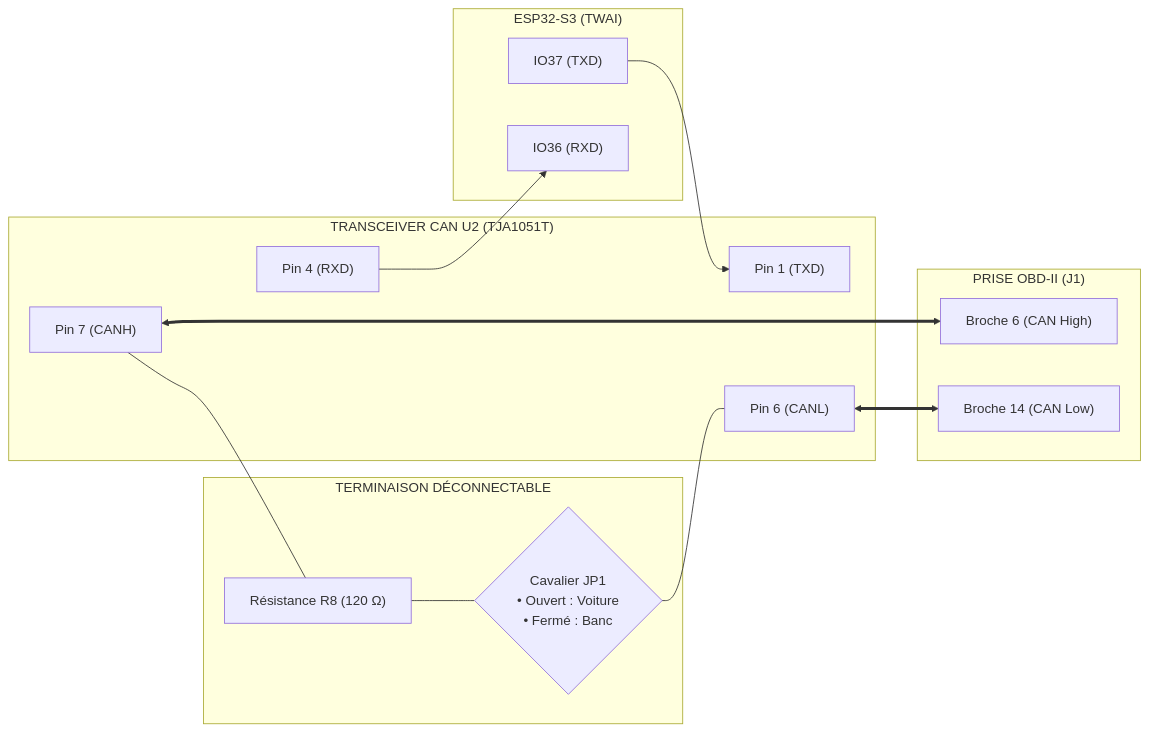
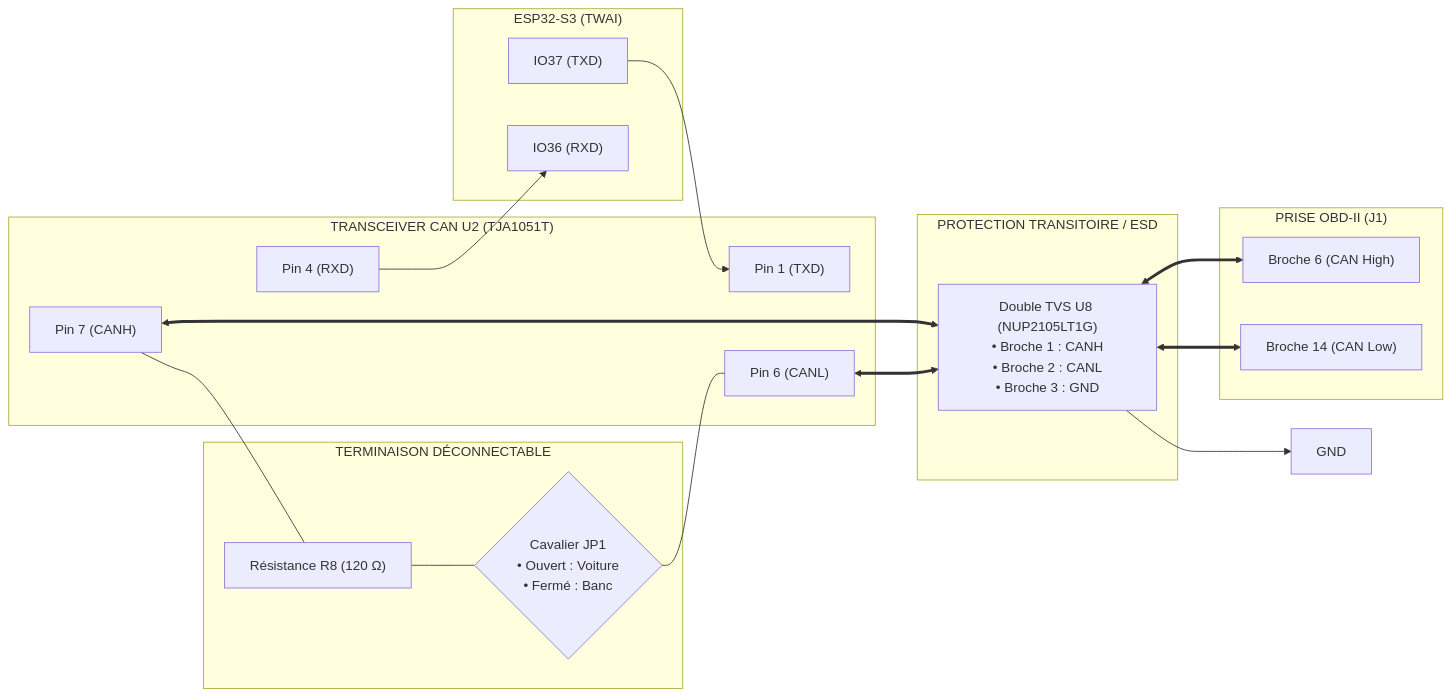
Before and after one commit to nitrogene/OBD2: the sixth of 9 diagrams in HARDWARE.md, drawn with Mermaid. The commit also changed other lines of this file and 7 other files, not shown here.

First line of the commit message:
feat(schematic): ajuster R6 à 100 ohms pour la visibilité de LED1 en plein jour

````diff
--- a/HARDWARE.md
+++ b/HARDWARE.md
@@ -247,45 +247,53 @@
 ```mermaid
 %%{init: {
   'themeVariables': {
     'fontFamily': 'Consolas, "Courier New", monospace',
     'fontSize': '12px'
   },
   'flowchart': {
     'curve': 'stepBefore',
     'nodeSpacing': 20,
     'rankSpacing': 30
   }
 }}%%
 flowchart LR
     subgraph MCU["ESP32-S3 (TWAI)"]
         TXD["IO37 (TXD)"]
         RXD["IO36 (RXD)"]
     end
 
     subgraph CAN_IC["TRANSCEIVER CAN U2 (TJA1051T)"]
         PIN_TX["Pin 1 (TXD)"]
         PIN_RX["Pin 4 (RXD)"]
         PIN_CANH["Pin 7 (CANH)"]
         PIN_CANL["Pin 6 (CANL)"]
     end
 
     subgraph TERM["TERMINAISON DÉCONNECTABLE"]
         R8["Résistance R8 (120 Ω)"]
         JP1{"Cavalier JP1\n• Ouvert : Voiture\n• Fermé : Banc"}
     end
 
+    subgraph PROT_CAN["PROTECTION TRANSITOIRE / ESD"]
+        U8["Double TVS U8 (NUP2105LT1G)\n• Broche 1 : CANH\n• Broche 2 : CANL\n• Broche 3 : GND"]
+    end
+
     subgraph OBD_CONN["PRISE OBD-II (J1)"]
         PIN6["Broche 6 (CAN High)"]
         PIN14["Broche 14 (CAN Low)"]
     end
 
     TXD --> PIN_TX
     PIN_RX --> RXD
 
     PIN_CANH --- R8
     R8 --- JP1
     JP1 --- PIN_CANL
 
-    PIN_CANH <==> PIN6
-    PIN_CANL <==> PIN14
+    PIN_CANH <==> U8
+    PIN_CANL <==> U8
+    U8 --> GND_CAN["GND"]
+
+    U8 <==> PIN6
+    U8 <==> PIN14
 ```
````
